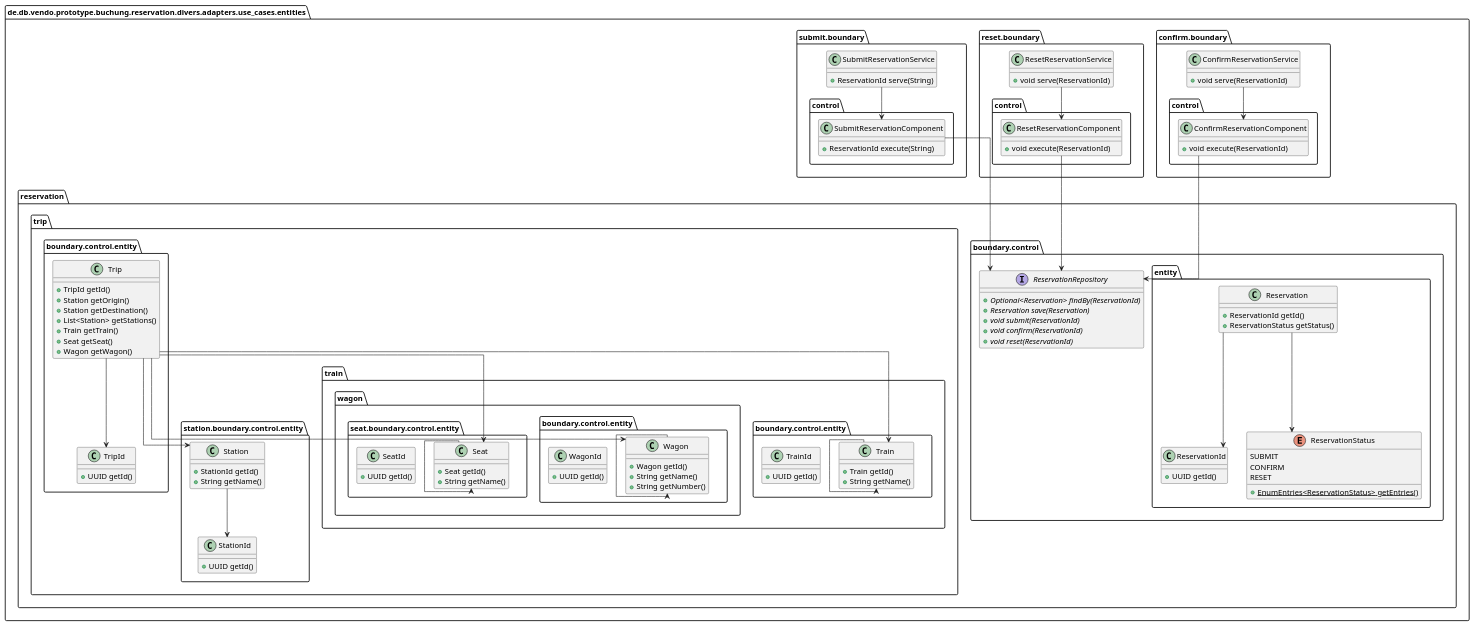
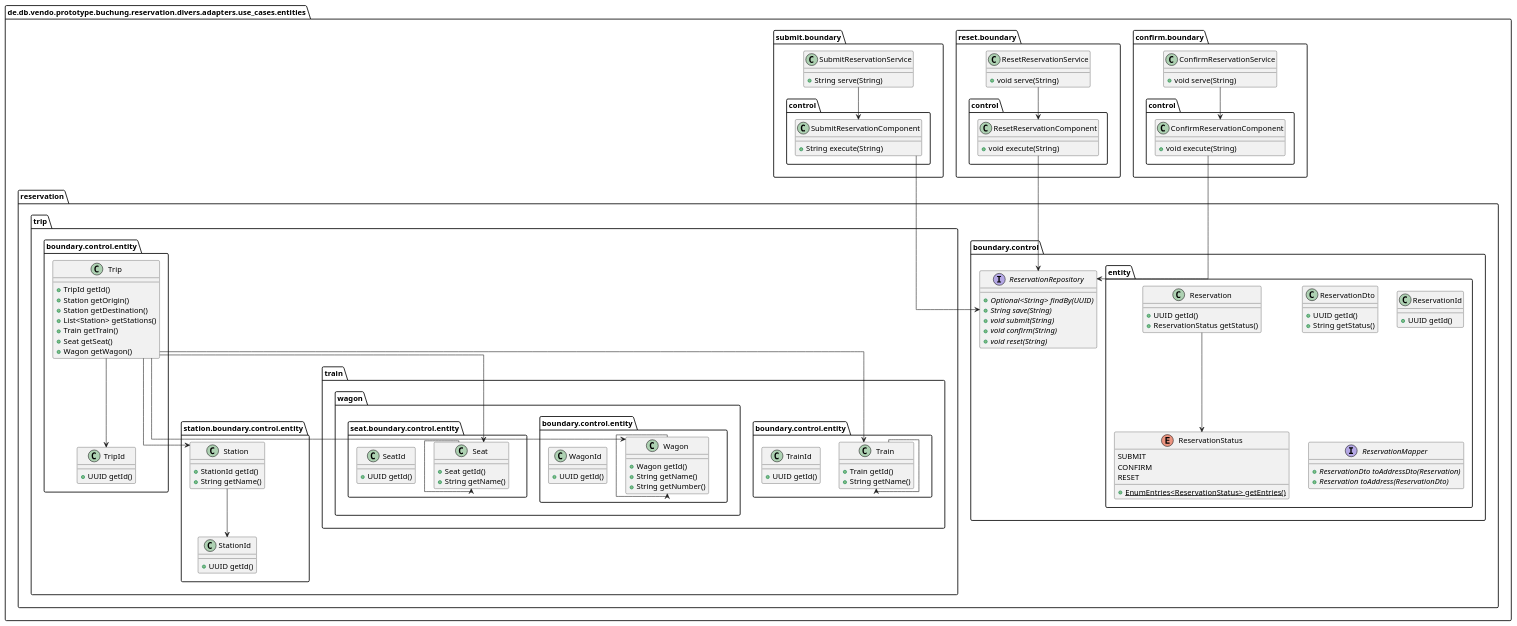
Before and after one commit to punkratz312/reservation-proto: the diagram in doc/uml/puml/entities.puml, drawn with PlantUML. The commit also changed 13 other files, not shown here.

```diff
--- a/doc/uml/puml/entities.puml
+++ b/doc/uml/puml/entities.puml
@@ -1,103 +1,110 @@
 @startuml
 !pragma useIntermediatePackages false
 skinparam linetype ortho
 show stereotype
 
 class "ConfirmReservationService" as de.db.vendo.prototype.buchung.reservation.divers.adapters.use_cases.entities.confirm.boundary.ConfirmReservationService {
-  +void serve(ReservationId)
+  +void serve(String)
 }
 class "ConfirmReservationComponent" as de.db.vendo.prototype.buchung.reservation.divers.adapters.use_cases.entities.confirm.boundary.control.ConfirmReservationComponent {
-  +void execute(ReservationId)
+  +void execute(String)
 }
 interface "ReservationRepository" as de.db.vendo.prototype.buchung.reservation.divers.adapters.use_cases.entities.reservation.boundary.control.ReservationRepository {
-  + {abstract}Optional<Reservation> findBy(ReservationId)
-  + {abstract}Reservation save(Reservation)
-  + {abstract}void submit(ReservationId)
-  + {abstract}void confirm(ReservationId)
-  + {abstract}void reset(ReservationId)
+  + {abstract}Optional<String> findBy(UUID)
+  + {abstract}String save(String)
+  + {abstract}void submit(String)
+  + {abstract}void confirm(String)
+  + {abstract}void reset(String)
 }
 class "Reservation" as de.db.vendo.prototype.buchung.reservation.divers.adapters.use_cases.entities.reservation.boundary.control.entity.Reservation {
-  +ReservationId getId()
+  +UUID getId()
   +ReservationStatus getStatus()
+}
+class "ReservationDto" as de.db.vendo.prototype.buchung.reservation.divers.adapters.use_cases.entities.reservation.boundary.control.entity.ReservationDto {
+  +UUID getId()
+  +String getStatus()
 }
 class "ReservationId" as de.db.vendo.prototype.buchung.reservation.divers.adapters.use_cases.entities.reservation.boundary.control.entity.ReservationId {
   +UUID getId()
+}
+interface "ReservationMapper" as de.db.vendo.prototype.buchung.reservation.divers.adapters.use_cases.entities.reservation.boundary.control.entity.ReservationMapper {
+  + {abstract}ReservationDto toAddressDto(Reservation)
+  + {abstract}Reservation toAddress(ReservationDto)
 }
 enum "ReservationStatus" as de.db.vendo.prototype.buchung.reservation.divers.adapters.use_cases.entities.reservation.boundary.control.entity.ReservationStatus {
   SUBMIT
   CONFIRM
   RESET
   __
   + {static}EnumEntries<ReservationStatus> getEntries()
 }
 class "Trip" as de.db.vendo.prototype.buchung.reservation.divers.adapters.use_cases.entities.reservation.trip.boundary.control.entity.Trip {
   +TripId getId()
   +Station getOrigin()
   +Station getDestination()
   +List<Station> getStations()
   +Train getTrain()
   +Seat getSeat()
   +Wagon getWagon()
 }
 class "TripId" as de.db.vendo.prototype.buchung.reservation.divers.adapters.use_cases.entities.reservation.trip.boundary.control.entity.TripId {
   +UUID getId()
 }
 class "Station" as de.db.vendo.prototype.buchung.reservation.divers.adapters.use_cases.entities.reservation.trip.station.boundary.control.entity.Station {
   +StationId getId()
   +String getName()
 }
 class "StationId" as de.db.vendo.prototype.buchung.reservation.divers.adapters.use_cases.entities.reservation.trip.station.boundary.control.entity.StationId {
   +UUID getId()
 }
 class "Train" as de.db.vendo.prototype.buchung.reservation.divers.adapters.use_cases.entities.reservation.trip.train.boundary.control.entity.Train {
   +Train getId()
   +String getName()
 }
 class "TrainId" as de.db.vendo.prototype.buchung.reservation.divers.adapters.use_cases.entities.reservation.trip.train.boundary.control.entity.TrainId {
   +UUID getId()
 }
 class "Wagon" as de.db.vendo.prototype.buchung.reservation.divers.adapters.use_cases.entities.reservation.trip.train.wagon.boundary.control.entity.Wagon {
   +Wagon getId()
   +String getName()
   +String getNumber()
 }
 class "WagonId" as de.db.vendo.prototype.buchung.reservation.divers.adapters.use_cases.entities.reservation.trip.train.wagon.boundary.control.entity.WagonId {
   +UUID getId()
 }
 class "Seat" as de.db.vendo.prototype.buchung.reservation.divers.adapters.use_cases.entities.reservation.trip.train.wagon.seat.boundary.control.entity.Seat {
   +Seat getId()
   +String getName()
 }
 class "SeatId" as de.db.vendo.prototype.buchung.reservation.divers.adapters.use_cases.entities.reservation.trip.train.wagon.seat.boundary.control.entity.SeatId {
   +UUID getId()
 }
 class "ResetReservationService" as de.db.vendo.prototype.buchung.reservation.divers.adapters.use_cases.entities.reset.boundary.ResetReservationService {
-  +void serve(ReservationId)
+  +void serve(String)
 }
 class "ResetReservationComponent" as de.db.vendo.prototype.buchung.reservation.divers.adapters.use_cases.entities.reset.boundary.control.ResetReservationComponent {
-  +void execute(ReservationId)
+  +void execute(String)
 }
 class "SubmitReservationService" as de.db.vendo.prototype.buchung.reservation.divers.adapters.use_cases.entities.submit.boundary.SubmitReservationService {
-  +ReservationId serve(String)
+  +String serve(String)
 }
 class "SubmitReservationComponent" as de.db.vendo.prototype.buchung.reservation.divers.adapters.use_cases.entities.submit.boundary.control.SubmitReservationComponent {
-  +ReservationId execute(String)
+  +String execute(String)
 }
 de.db.vendo.prototype.buchung.reservation.divers.adapters.use_cases.entities.confirm.boundary.ConfirmReservationService --> de.db.vendo.prototype.buchung.reservation.divers.adapters.use_cases.entities.confirm.boundary.control.ConfirmReservationComponent
 de.db.vendo.prototype.buchung.reservation.divers.adapters.use_cases.entities.confirm.boundary.control.ConfirmReservationComponent --> de.db.vendo.prototype.buchung.reservation.divers.adapters.use_cases.entities.reservation.boundary.control.ReservationRepository
-de.db.vendo.prototype.buchung.reservation.divers.adapters.use_cases.entities.reservation.boundary.control.entity.Reservation --> de.db.vendo.prototype.buchung.reservation.divers.adapters.use_cases.entities.reservation.boundary.control.entity.ReservationId
 de.db.vendo.prototype.buchung.reservation.divers.adapters.use_cases.entities.reservation.boundary.control.entity.Reservation --> de.db.vendo.prototype.buchung.reservation.divers.adapters.use_cases.entities.reservation.boundary.control.entity.ReservationStatus
 de.db.vendo.prototype.buchung.reservation.divers.adapters.use_cases.entities.reservation.trip.boundary.control.entity.Trip --> de.db.vendo.prototype.buchung.reservation.divers.adapters.use_cases.entities.reservation.trip.boundary.control.entity.TripId
 de.db.vendo.prototype.buchung.reservation.divers.adapters.use_cases.entities.reservation.trip.boundary.control.entity.Trip --> de.db.vendo.prototype.buchung.reservation.divers.adapters.use_cases.entities.reservation.trip.station.boundary.control.entity.Station
 de.db.vendo.prototype.buchung.reservation.divers.adapters.use_cases.entities.reservation.trip.boundary.control.entity.Trip --> de.db.vendo.prototype.buchung.reservation.divers.adapters.use_cases.entities.reservation.trip.train.wagon.seat.boundary.control.entity.Seat
 de.db.vendo.prototype.buchung.reservation.divers.adapters.use_cases.entities.reservation.trip.boundary.control.entity.Trip --> de.db.vendo.prototype.buchung.reservation.divers.adapters.use_cases.entities.reservation.trip.train.boundary.control.entity.Train
 de.db.vendo.prototype.buchung.reservation.divers.adapters.use_cases.entities.reservation.trip.boundary.control.entity.Trip --> de.db.vendo.prototype.buchung.reservation.divers.adapters.use_cases.entities.reservation.trip.train.wagon.boundary.control.entity.Wagon
 de.db.vendo.prototype.buchung.reservation.divers.adapters.use_cases.entities.reservation.trip.station.boundary.control.entity.Station --> de.db.vendo.prototype.buchung.reservation.divers.adapters.use_cases.entities.reservation.trip.station.boundary.control.entity.StationId
 de.db.vendo.prototype.buchung.reservation.divers.adapters.use_cases.entities.reservation.trip.train.boundary.control.entity.Train --> de.db.vendo.prototype.buchung.reservation.divers.adapters.use_cases.entities.reservation.trip.train.boundary.control.entity.Train
 de.db.vendo.prototype.buchung.reservation.divers.adapters.use_cases.entities.reservation.trip.train.wagon.boundary.control.entity.Wagon --> de.db.vendo.prototype.buchung.reservation.divers.adapters.use_cases.entities.reservation.trip.train.wagon.boundary.control.entity.Wagon
 de.db.vendo.prototype.buchung.reservation.divers.adapters.use_cases.entities.reservation.trip.train.wagon.seat.boundary.control.entity.Seat --> de.db.vendo.prototype.buchung.reservation.divers.adapters.use_cases.entities.reservation.trip.train.wagon.seat.boundary.control.entity.Seat
 de.db.vendo.prototype.buchung.reservation.divers.adapters.use_cases.entities.reset.boundary.ResetReservationService --> de.db.vendo.prototype.buchung.reservation.divers.adapters.use_cases.entities.reset.boundary.control.ResetReservationComponent
 de.db.vendo.prototype.buchung.reservation.divers.adapters.use_cases.entities.reset.boundary.control.ResetReservationComponent --> de.db.vendo.prototype.buchung.reservation.divers.adapters.use_cases.entities.reservation.boundary.control.ReservationRepository
 de.db.vendo.prototype.buchung.reservation.divers.adapters.use_cases.entities.submit.boundary.SubmitReservationService --> de.db.vendo.prototype.buchung.reservation.divers.adapters.use_cases.entities.submit.boundary.control.SubmitReservationComponent
 de.db.vendo.prototype.buchung.reservation.divers.adapters.use_cases.entities.submit.boundary.control.SubmitReservationComponent --> de.db.vendo.prototype.buchung.reservation.divers.adapters.use_cases.entities.reservation.boundary.control.ReservationRepository
 @enduml
```
